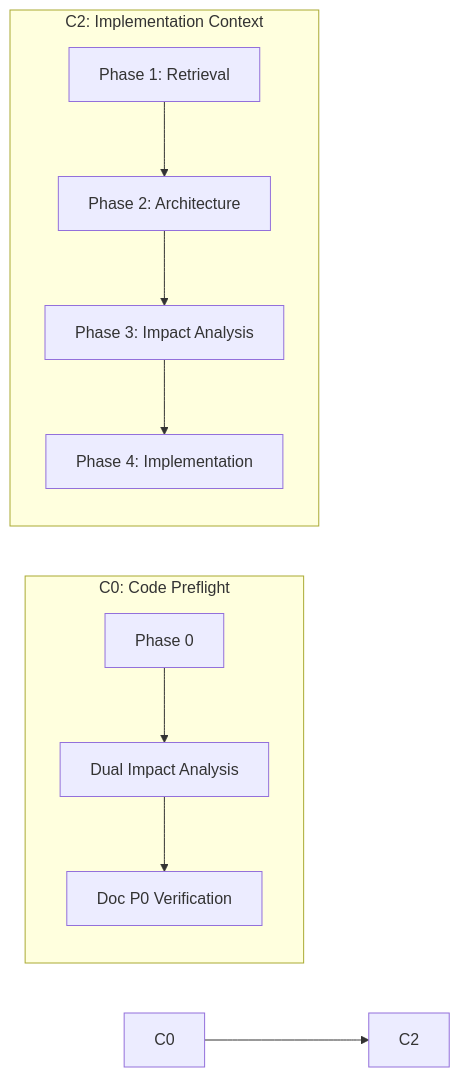
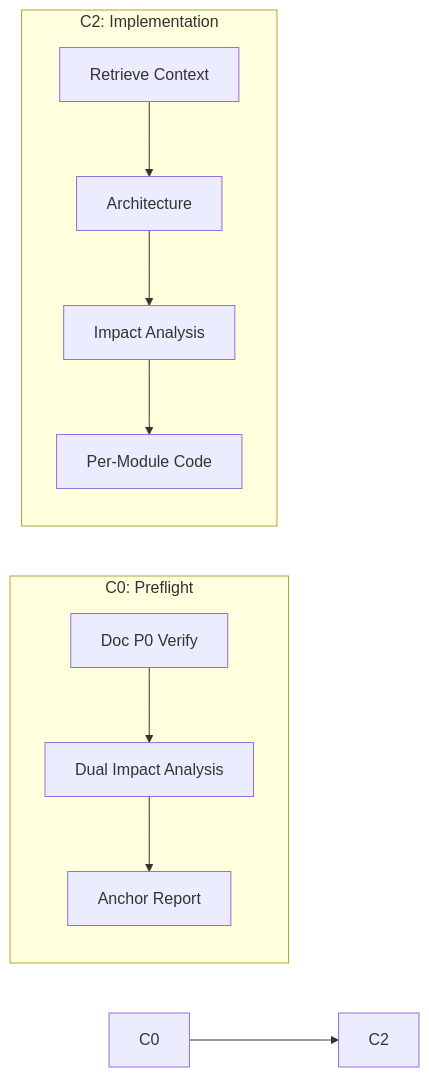
Before and after one commit to effiy/YrY: the diagram in agents/coder/AGENT.md, drawn with Mermaid. The commit also changed other lines of this file and 6 other files, not shown here.

````diff
--- a/agents/coder/AGENT.md
+++ b/agents/coder/AGENT.md
@@ -66,13 +39,10 @@
 ```mermaid
 graph LR
-    subgraph "C0: Code Preflight"
-        P0[Phase 0] --> DA[Dual Impact Analysis]
-        DA --> DV[Doc P0 Verification]
+    subgraph "C0: Preflight"
+        P0[Doc P0 Verify] --> IA[Dual Impact Analysis] --> AR[Anchor Report]
     end
-    subgraph "C2: Implementation Context"
-        R[Phase 1: Retrieval] --> A[Phase 2: Architecture]
-        A --> I[Phase 3: Impact Analysis]
-        I --> IMPL[Phase 4: Implementation]
+    subgraph "C2: Implementation"
+        R[Retrieve Context] --> A[Architecture] --> I[Impact Analysis] --> IMPL[Per-Module Code]
     end
     C0 --> C2
 ```
````
